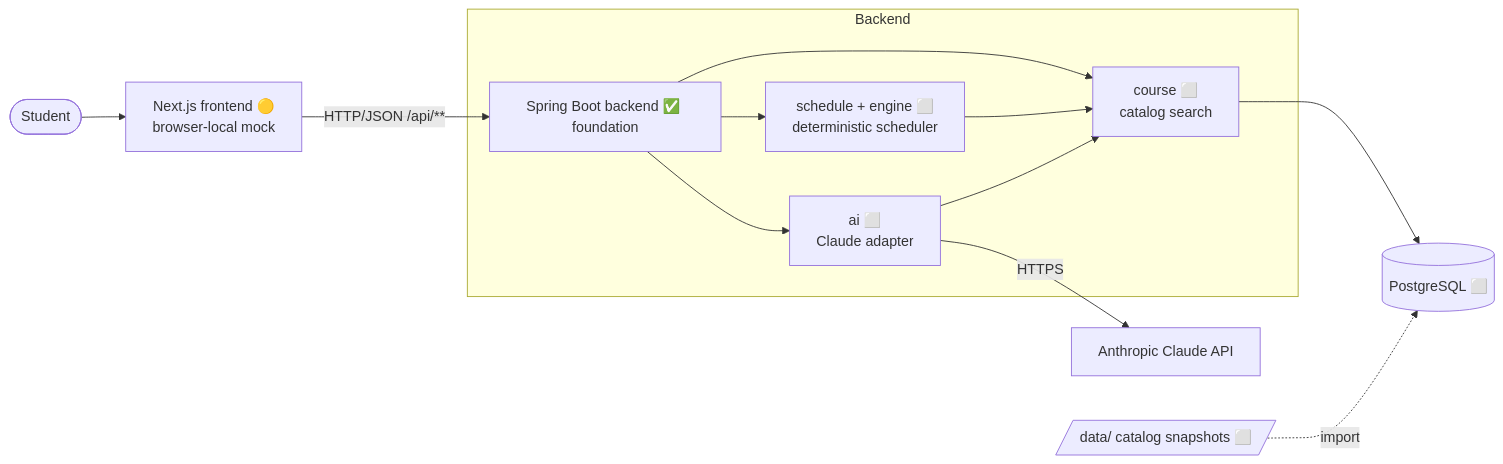
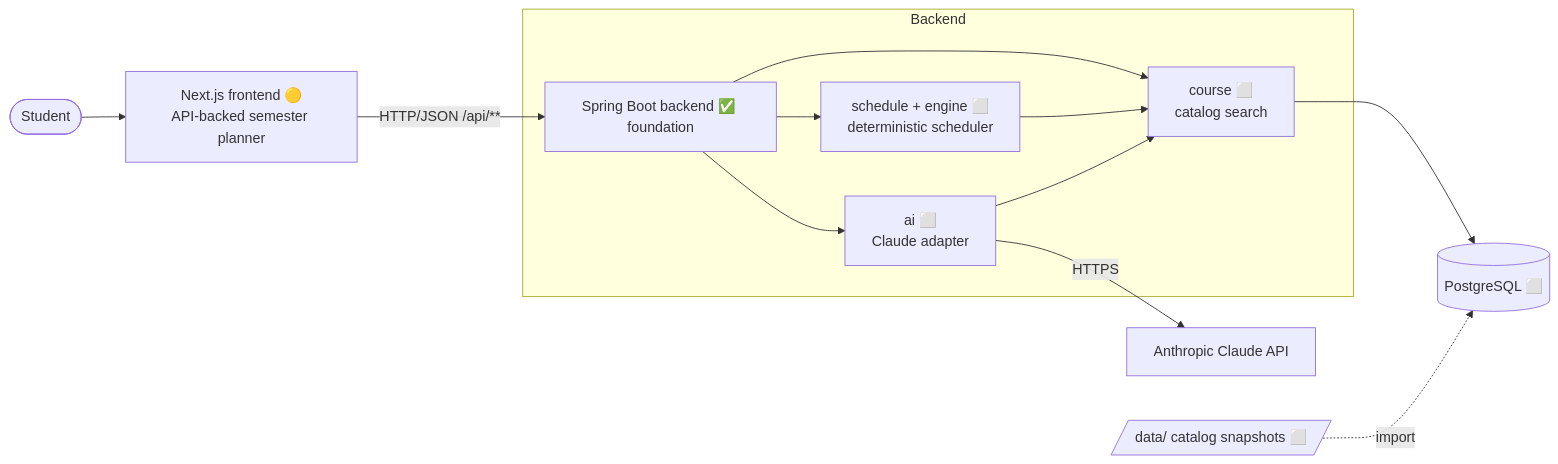
One commit to 04michael4/Hackathon---Registration-AI changed the first of 5 diagrams in docs/architecture.md. Above: the diagram before and after it, drawn with Mermaid. The commit also changed other lines of this file and 31 other files, not shown here.

Commit message:
feat(frontend): connect semester planner to backend APIs

````diff
--- a/docs/architecture.md
+++ b/docs/architecture.md
@@ -29,15 +29,15 @@
 ```mermaid
 flowchart LR
-    S([Student]) --> FE["Next.js frontend 🟡<br/>browser-local mock"]
+    S([Student]) --> FE["Next.js frontend 🟡<br/>API-backed semester planner"]
     FE -->|"HTTP/JSON /api/**"| API["Spring Boot backend ✅ foundation"]
     subgraph API_INT [Backend]
         API --> COURSE["course ⬜<br/>catalog search"]
         API --> SCHED["schedule + engine ⬜<br/>deterministic scheduler"]
         API --> AI["ai ⬜<br/>Claude adapter"]
     end
     COURSE --> DB[("PostgreSQL ⬜")]
     SCHED --> COURSE
     AI --> COURSE
     AI -->|HTTPS| CLAUDE["Anthropic Claude API"]
     DATA[/"data/ catalog snapshots ⬜"/] -.->|import| DB
 ```
````
